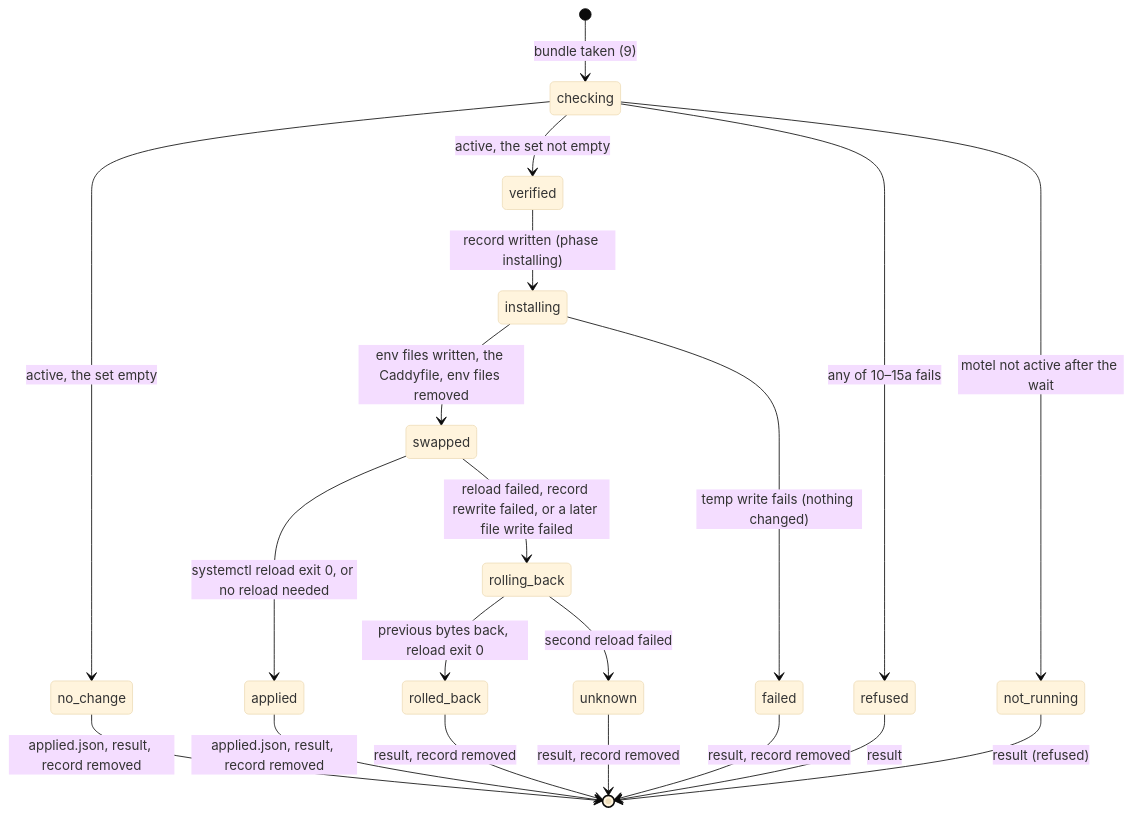
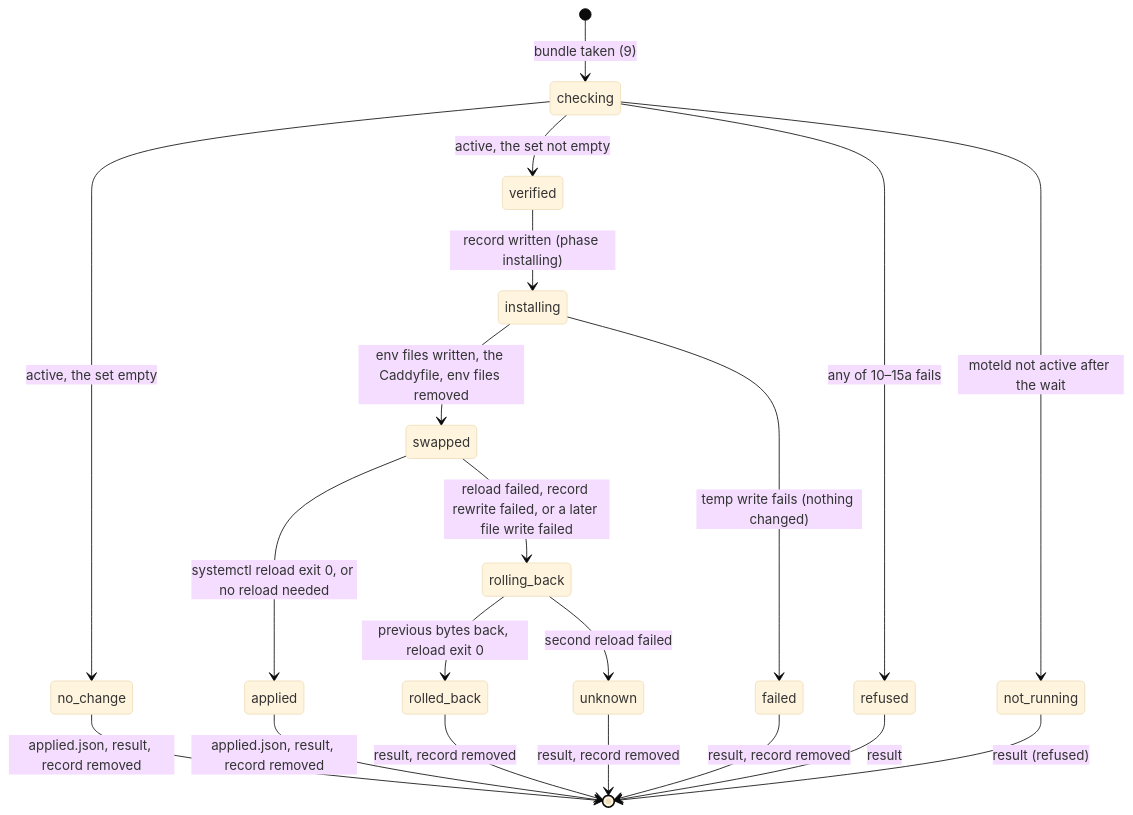
One commit to earthlingdavey/motel changed the first of 4 diagrams in box/DESIGN-box.md. Above: the diagram before and after it, drawn with Mermaid (base theme). The commit also changed other lines of this file and 272 other files, not shown here.

First line of the commit message:
refactor: the server daemon is moteld (binary, unit, package); motel stays the product (#559)

````diff
--- a/box/DESIGN-box.md
+++ b/box/DESIGN-box.md
@@ -1004,22 +1004,22 @@
 ```mermaid
 stateDiagram-v2
     [*] --> checking : bundle taken (9)
     checking --> refused : any of 10–15a fails
-    checking --> not_running : motel not active after the wait
+    checking --> not_running : moteld not active after the wait
     checking --> no_change : active, the set empty
     checking --> verified : active, the set not empty
     no_change --> [*] : applied.json, result, record removed
     verified --> installing : record written (phase installing)
     installing --> failed : temp write fails (nothing changed)
     installing --> swapped : env files written, the Caddyfile, env files removed
     swapped --> applied : systemctl reload exit 0, or no reload needed
     swapped --> rolling_back : reload failed, record rewrite failed, or a later file write failed
     applied --> [*] : applied.json, result, record removed
     rolling_back --> rolled_back : previous bytes back, reload exit 0
     rolling_back --> unknown : second reload failed
     rolled_back --> [*] : result, record removed
     unknown --> [*] : result, record removed
     failed --> [*] : result, record removed
     refused --> [*] : result
     not_running --> [*] : result (refused)
 ```
````
